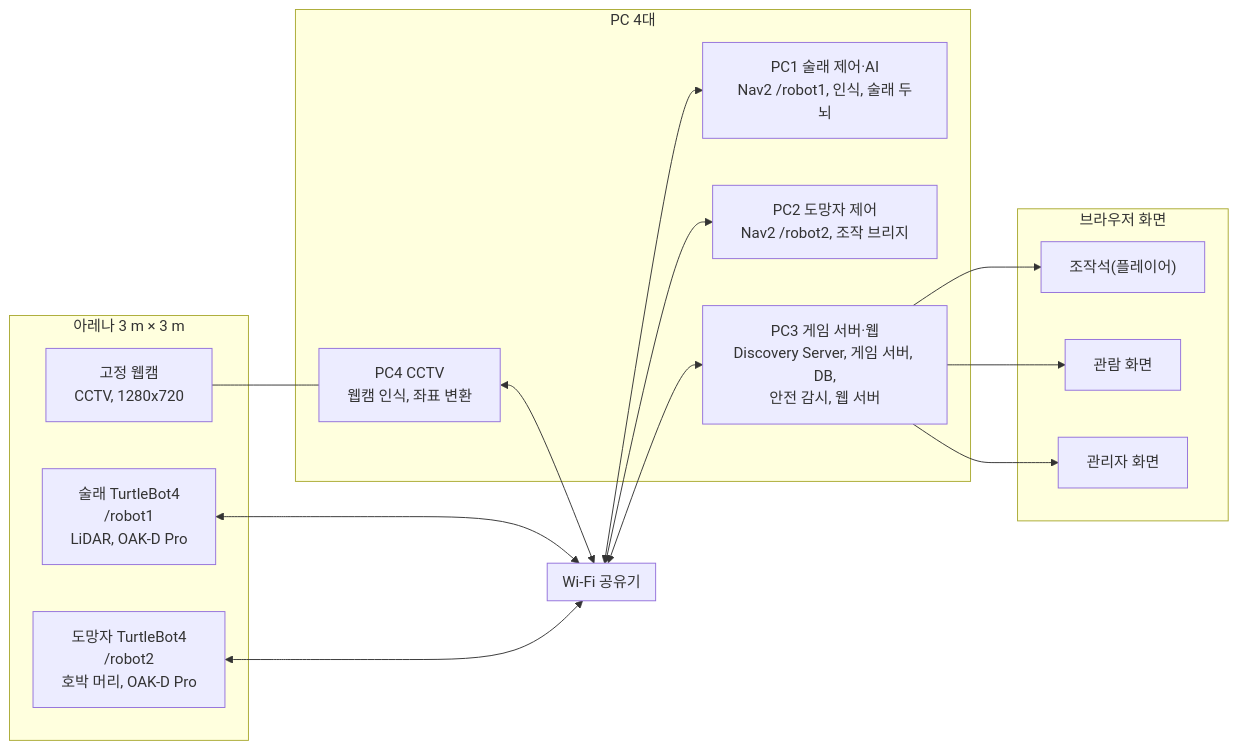
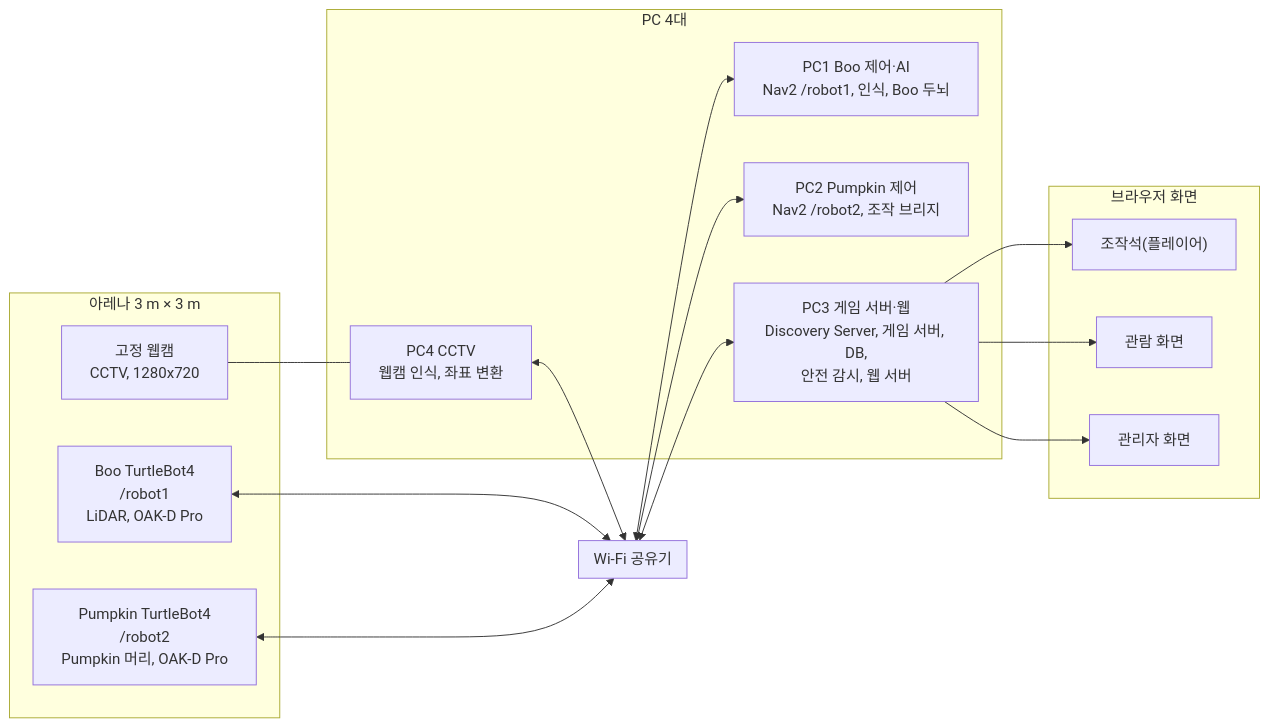
The second of 5 diagrams in docs/project/sdd.md (shbong06-sketch/Trick_or_Bot), drawn with Mermaid before and after one commit. The commit also changed other lines of this file, not shown here.

Commit message:
docs: SDD 명칭을 인터페이스 정의서 기준(Boo·Pumpkin·사탕)으로 통일, BRD v1.6·SRD v0.9 참조 갱신

````diff
--- a/docs/project/sdd.md
+++ b/docs/project/sdd.md
@@ -80,35 +80,35 @@
 ```mermaid
 flowchart LR
     subgraph ARENA["아레나 3 m × 3 m"]
-        SK["술래 TurtleBot4<br/>/robot1<br/>LiDAR, OAK-D Pro"]
-        RN["도망자 TurtleBot4<br/>/robot2<br/>호박 머리, OAK-D Pro"]
+        SK["Boo TurtleBot4<br/>/robot1<br/>LiDAR, OAK-D Pro"]
+        RN["Pumpkin TurtleBot4<br/>/robot2<br/>Pumpkin 머리, OAK-D Pro"]
         CAM["고정 웹캠<br/>CCTV, 1280x720"]
     end
 
     subgraph NET["Wi-Fi 공유기"]
     end
 
     subgraph PCS["PC 4대"]
-        PC1["PC1 술래 제어·AI<br/>Nav2 /robot1, 인식, 술래 두뇌"]
-        PC2["PC2 도망자 제어<br/>Nav2 /robot2, 조작 브리지"]
+        PC1["PC1 Boo 제어·AI<br/>Nav2 /robot1, 인식, Boo 두뇌"]
+        PC2["PC2 Pumpkin 제어<br/>Nav2 /robot2, 조작 브리지"]
         PC3["PC3 게임 서버·웹<br/>Discovery Server, 게임 서버, DB,<br/>안전 감시, 웹 서버"]
         PC4["PC4 CCTV<br/>웹캠 인식, 좌표 변환"]
     end
 
     subgraph SCREENS["브라우저 화면"]
         PLAY["조작석(플레이어)"]
         VIEW["관람 화면"]
         ADM["관리자 화면"]
     end
 
     SK <--> NET
     RN <--> NET
     NET <--> PC1
     NET <--> PC2
     NET <--> PC3
     CAM --- PC4
     PC4 <--> NET
     PC3 --> PLAY
     PC3 --> VIEW
     PC3 --> ADM
 ```
````
